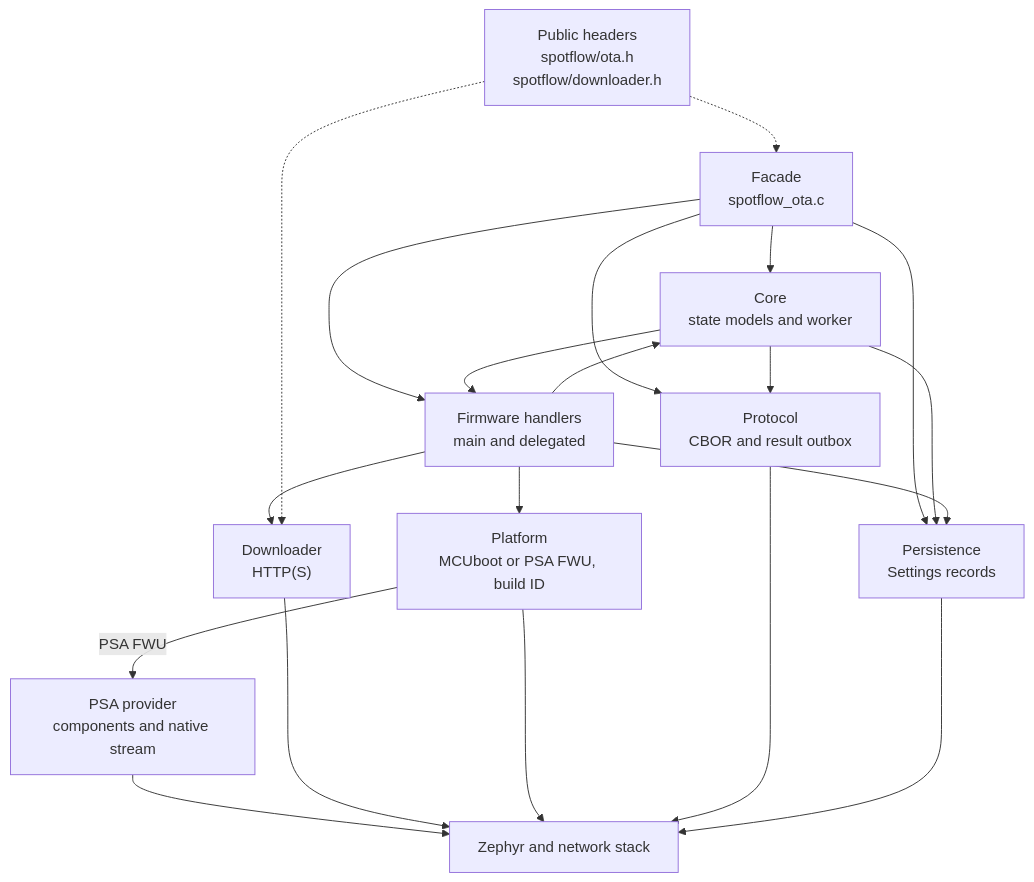
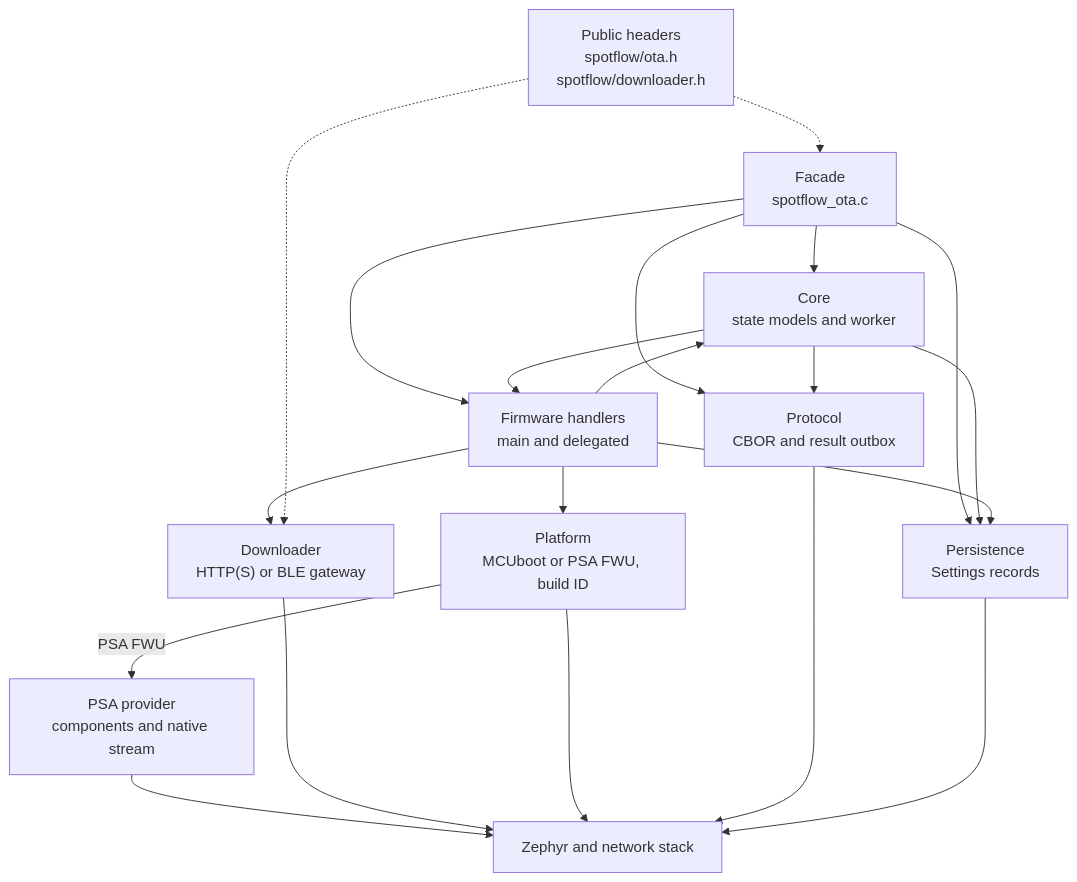
The seventh of 11 diagrams in zephyr/docs/ota.md (spotflow-io/device-sdk), drawn with Mermaid before and after one commit. The commit also changed other lines of this file and 8 other files, not shown here.

````diff
--- a/zephyr/docs/ota.md
+++ b/zephyr/docs/ota.md
@@ -405,32 +411,32 @@
 ```mermaid
 flowchart TD
     facade["Facade<br/>spotflow_ota.c"]
     core["Core<br/>state models and worker"]
     protocol["Protocol<br/>CBOR and result outbox"]
     persistence["Persistence<br/>Settings records"]
     firmware["Firmware handlers<br/>main and delegated"]
-    downloader["Downloader<br/>HTTP(S)"]
+    downloader["Downloader<br/>HTTP(S) or BLE gateway"]
     platform["Platform<br/>MCUboot or PSA FWU, build ID"]
     public["Public headers<br/>spotflow/ota.h<br/>spotflow/downloader.h"]
     zephyr["Zephyr and network stack"]
 
     facade --> core
     facade --> protocol
     facade --> persistence
     facade --> firmware
     core --> protocol
     core --> persistence
     core --> firmware
     firmware --> downloader
     firmware --> platform
     platform -->|PSA FWU| psa["PSA provider<br/>components and native stream"]
     psa --> zephyr
     firmware --> persistence
     firmware --> core
     downloader --> zephyr
     platform --> zephyr
     protocol --> zephyr
     persistence --> zephyr
     public -.-> facade
     public -.-> downloader
 ```
````
